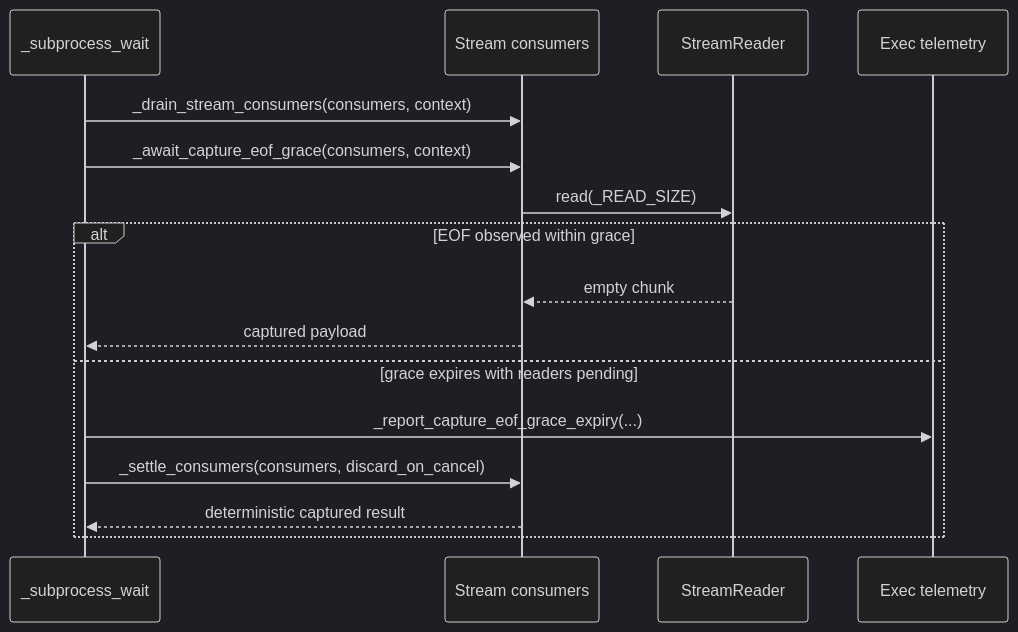
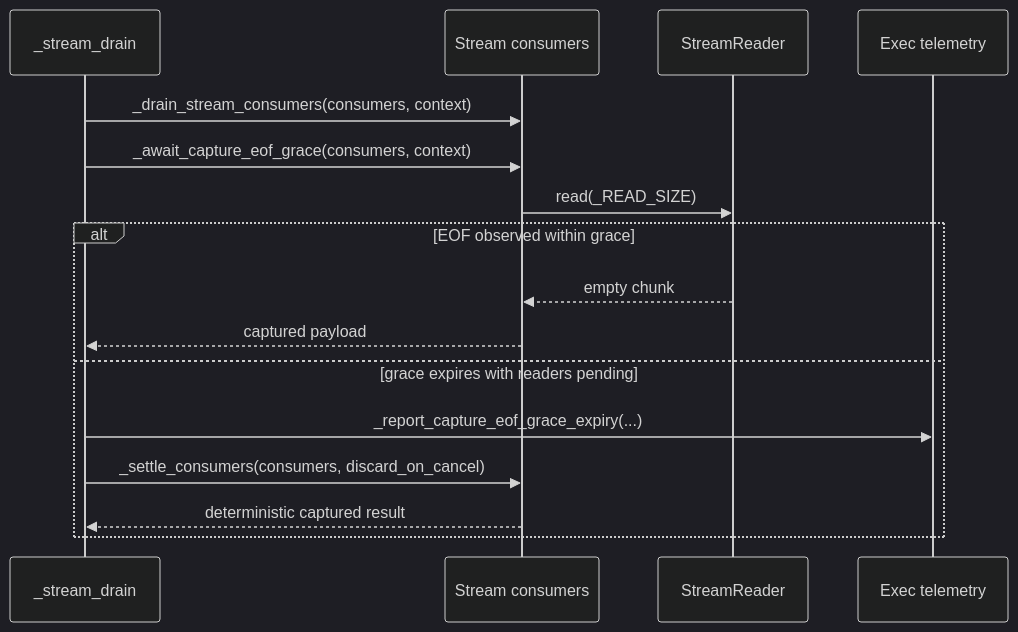
Before and after one commit to leynos/cuprum: the eighth of 21 diagrams in docs/cuprum-design.md, drawn with Mermaid (dark theme). The commit also changed other lines of this file and 117 other files, not shown here.

````diff
--- a/docs/cuprum-design.md
+++ b/docs/cuprum-design.md
@@ -1971,19 +1976,19 @@
 ```mermaid
 sequenceDiagram
-    participant Wait as _subprocess_wait
+    participant Drain as _stream_drain
     participant Consumers as Stream consumers
     participant Reader as StreamReader
     participant Telemetry as Exec telemetry
 
-    Wait->>Consumers: _drain_stream_consumers(consumers, context)
-    Wait->>Consumers: _await_capture_eof_grace(consumers, context)
+    Drain->>Consumers: _drain_stream_consumers(consumers, context)
+    Drain->>Consumers: _await_capture_eof_grace(consumers, context)
     Consumers->>Reader: read(_READ_SIZE)
     alt EOF observed within grace
         Reader-->>Consumers: empty chunk
-        Consumers-->>Wait: captured payload
+        Consumers-->>Drain: captured payload
     else grace expires with readers pending
-        Wait->>Telemetry: _report_capture_eof_grace_expiry(...)
-        Wait->>Consumers: _settle_consumers(consumers, discard_on_cancel)
-        Consumers-->>Wait: deterministic captured result
+        Drain->>Telemetry: _report_capture_eof_grace_expiry(...)
+        Drain->>Consumers: _settle_consumers(consumers, discard_on_cancel)
+        Consumers-->>Drain: deterministic captured result
     end
 ```
````
